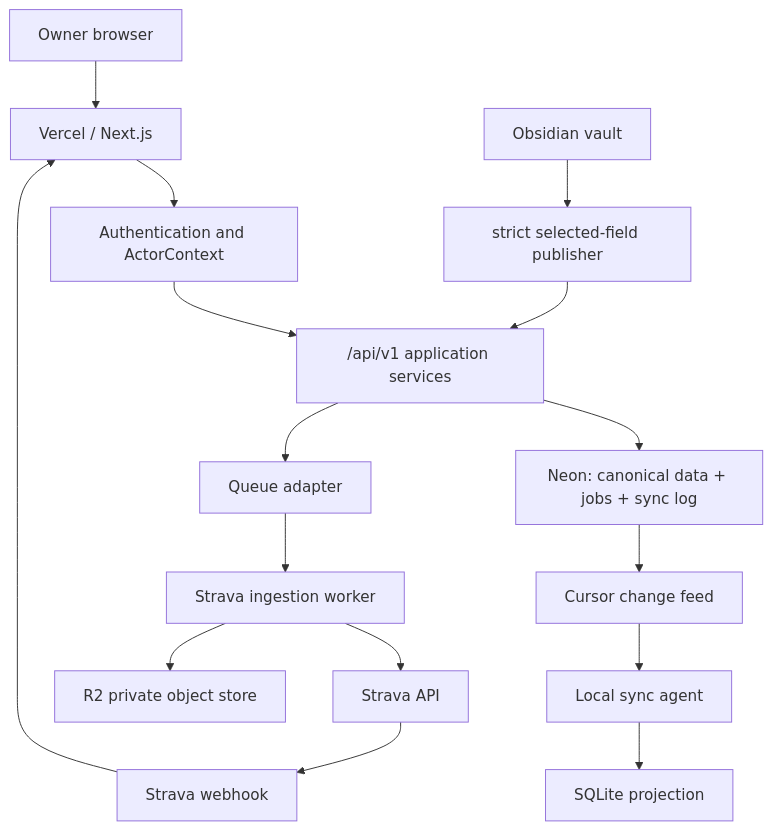
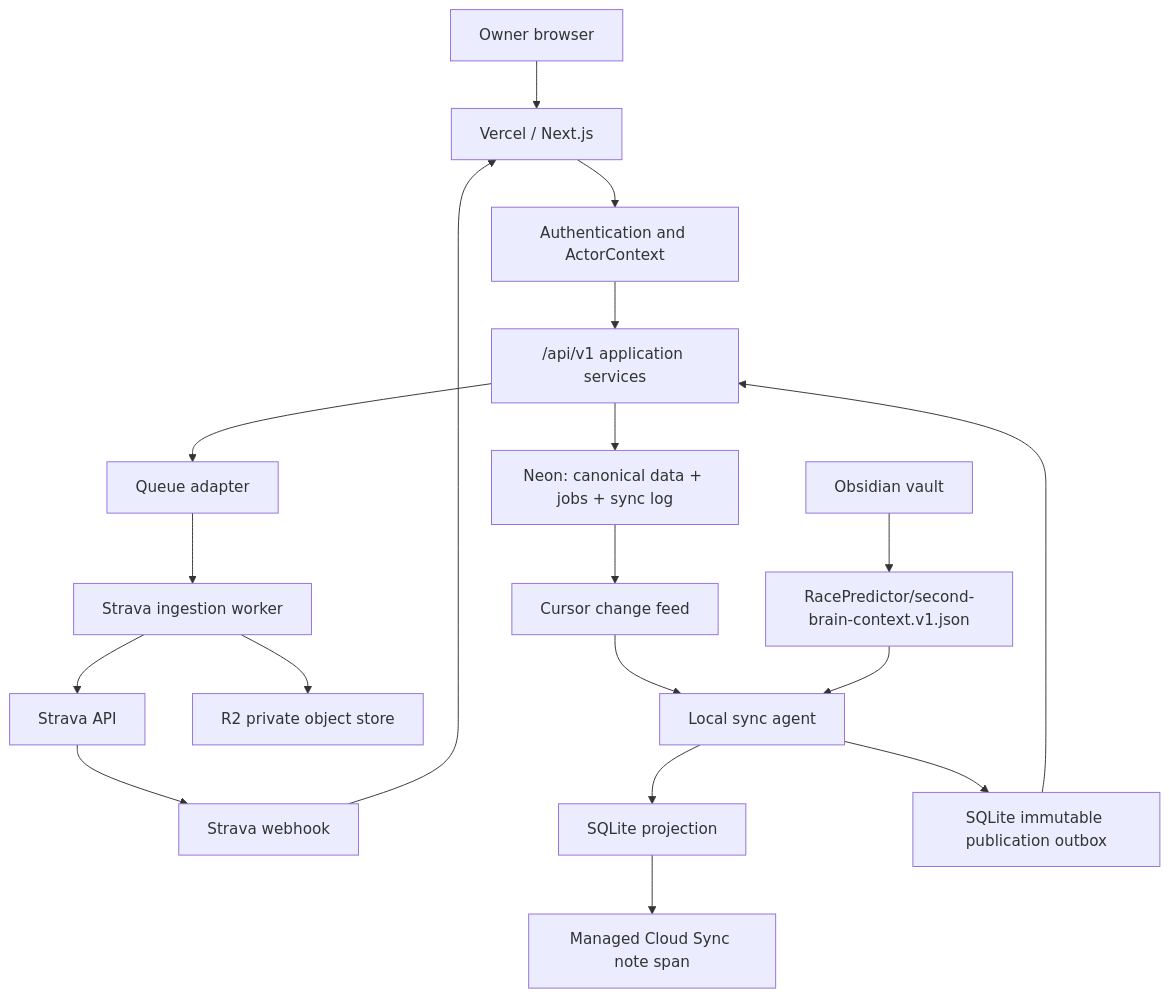
One commit to MikeM247/RacePedictor changed the first of 3 diagrams in docs/plans/CLOUD_STRAVA_SECOND_BRAIN_ARCHITECTURE.md. Above: the diagram before and after it, drawn with Mermaid. The commit also changed other lines of this file and 165 other files, not shown here.

````diff
--- a/docs/plans/CLOUD_STRAVA_SECOND_BRAIN_ARCHITECTURE.md
+++ b/docs/plans/CLOUD_STRAVA_SECOND_BRAIN_ARCHITECTURE.md
@@ -19,14 +19,16 @@
 ```mermaid
 flowchart TB
   U["Owner browser"] --> A["Vercel / Next.js"]
   A --> AU["Authentication and ActorContext"]
   AU --> API["/api/v1 application services"]
   API --> N["Neon: canonical data + jobs + sync log"]
   API --> Q["Queue adapter"]
   Q --> I["Strava ingestion worker"]
   I --> ST["Strava API"]
   I --> R["R2 private object store"]
   ST --> WH["Strava webhook"] --> A
   N --> CF["Cursor change feed"] --> LA["Local sync agent"] --> LS["SQLite projection"]
-  OB["Obsidian vault"] --> PUB["strict selected-field publisher"] --> API
+  OB["Obsidian vault"] --> SRC["RacePredictor/second-brain-context.v1.json"] --> LA
+  LA --> OUT["SQLite immutable publication outbox"] --> API
+  LS --> NOTE["Managed Cloud Sync note span"]
 ```
````
